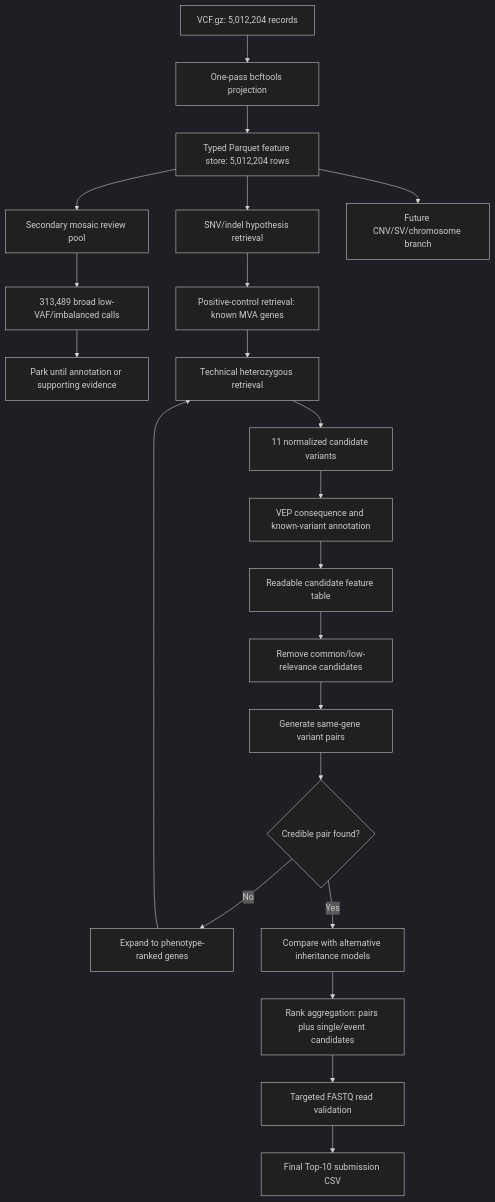
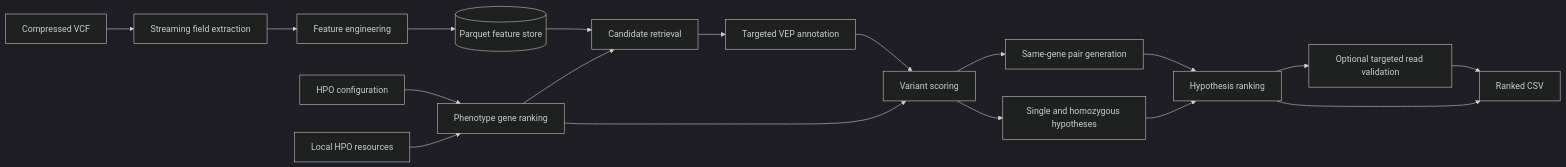
The diagram in ARCHITECTURE.md (ask-kausheek/mva-hackathon-2026), drawn with Mermaid (dark theme) before and after one commit. The commit also changed other lines of this file and 4 other files, not shown here.

Commit message:
Update architecture and md files

````diff
--- a/ARCHITECTURE.md
+++ b/ARCHITECTURE.md
@@ -41,29 +14,24 @@
 ```mermaid
-flowchart TD
-    A[VCF.gz: 5,012,204 records] --> B[One-pass bcftools projection]
-    B --> C[Typed Parquet feature store: 5,012,204 rows]
+flowchart LR
+    VCF[Compressed VCF] --> EXTRACT[Streaming field extraction]
+    EXTRACT --> FEATURES[Feature engineering]
+    FEATURES --> STORE[(Parquet feature store)]
 
-    C --> D[SNV/indel hypothesis retrieval]
-    C --> E[Secondary mosaic review pool]
-    C --> F[Future CNV/SV/chromosome branch]
+    HPO[HPO configuration] --> PHENO[Phenotype gene ranking]
+    ONTOLOGY[Local HPO resources] --> PHENO
 
-    E --> E1[313,489 broad low-VAF/imbalanced calls]
-    E1 --> E2[Park until annotation or supporting evidence]
+    STORE --> RETRIEVE[Candidate retrieval]
+    PHENO --> RETRIEVE
+    RETRIEVE --> VEP[Targeted VEP annotation]
+    VEP --> SCORE[Variant scoring]
+    PHENO --> SCORE
 
-    D --> G[Positive-control retrieval: known MVA genes]
-    G --> H[Technical heterozygous retrieval]
-    H --> I[11 normalized candidate variants]
-    I --> J[VEP consequence and known-variant annotation]
-    J --> K[Readable candidate feature table]
-    K --> L[Remove common/low-relevance candidates]
-    L --> M[Generate same-gene variant pairs]
+    SCORE --> PAIRS[Same-gene pair generation]
+    SCORE --> SINGLES[Single and homozygous hypotheses]
+    PAIRS --> AGGREGATE[Hypothesis ranking]
+    SINGLES --> AGGREGATE
 
-    M --> N{Credible pair found?}
-    N -- No --> O[Expand to phenotype-ranked genes]
-    O --> H
-    N -- Yes --> P[Compare with alternative inheritance models]
-
-    P --> Q[Rank aggregation: pairs plus single/event candidates]
-    Q --> R[Targeted FASTQ read validation]
-    R --> S[Final Top-10 submission CSV]
+    AGGREGATE --> VALIDATE[Optional targeted read validation]
+    VALIDATE --> OUTPUT[Ranked CSV]
+    AGGREGATE --> OUTPUT
 ```
````
